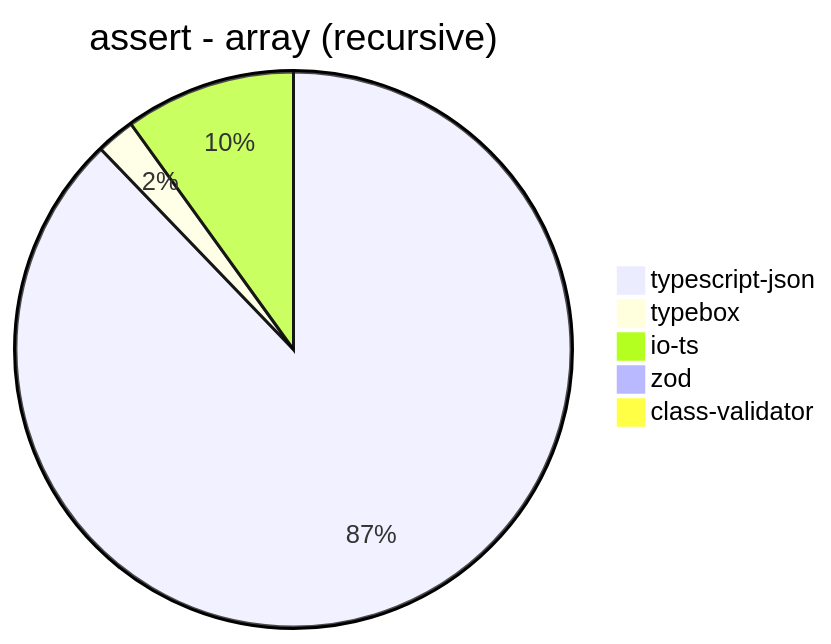
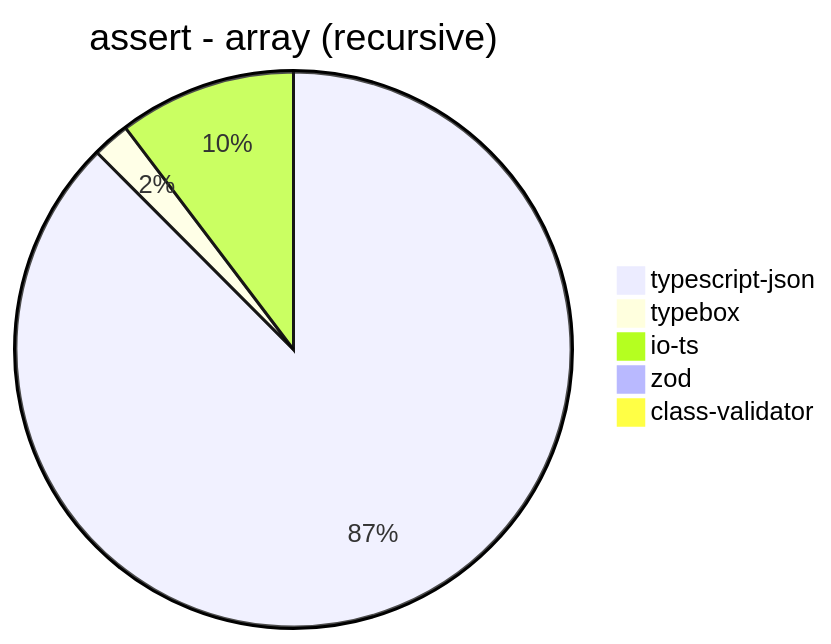
Before and after one commit to samchon/typia: diagram 13 of 39 in benchmark/results/AMD Ryzen 7 5800H with Radeon Graphics.md, drawn with Mermaid. The commit also changed other lines of this file and 3 other files, not shown here.

````diff
--- a/benchmark/results/AMD Ryzen 7 5800H with Radeon Graphics.md
+++ b/benchmark/results/AMD Ryzen 7 5800H with Radeon Graphics.md
@@ -166,8 +166,8 @@
 ```mermaid
 pie title assert - array (recursive)
-  "typescript-json": 1515.6480117820322
-  "typebox": 38.74675565443085
-  "io-ts": 171.59441320515145
-  "zod": 8.911642017444064
-  "class-validator": 3.3796470146451374
+  "typescript-json": 1561.7746162485962
+  "typebox": 38.49645905211549
+  "io-ts": 184.18121054585964
+  "zod": 8.679245283018869
+  "class-validator": 3.4207525655644244
 ```
````
